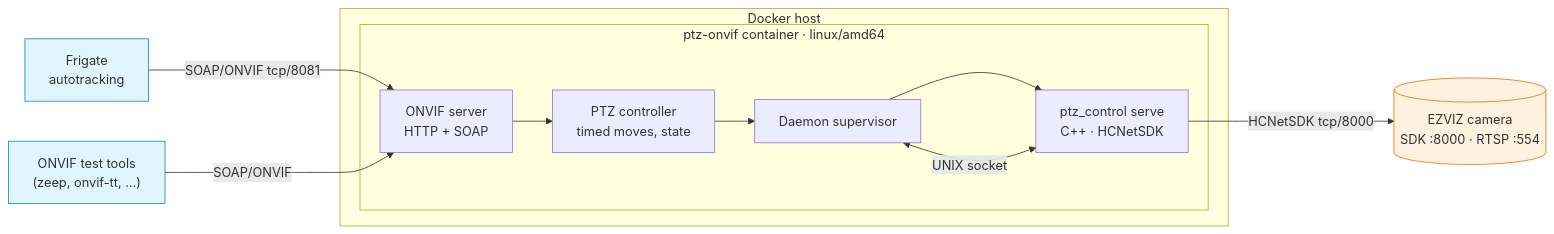
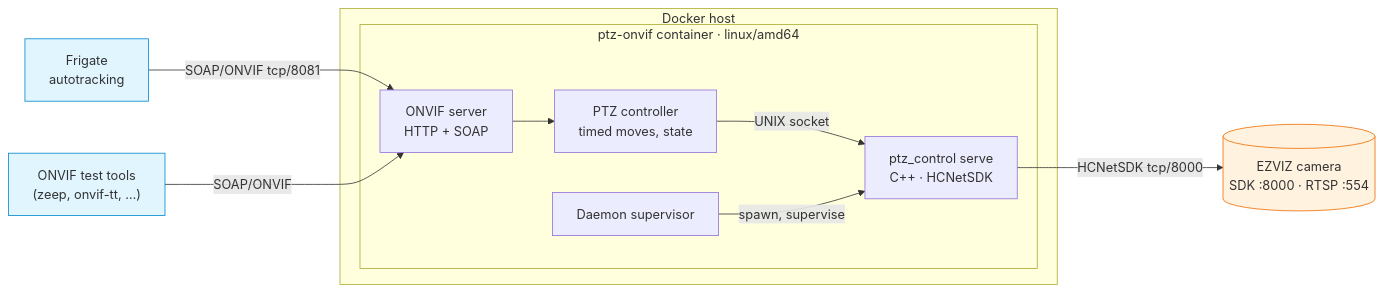
One commit to mabbas007/ezviz-ptz changed the first of 11 diagrams in ARCHITECTURE.md. Above: the diagram before and after it, drawn with Mermaid. The commit also changed other lines of this file and 40 other files, not shown here.

````diff
--- a/ARCHITECTURE.md
+++ b/ARCHITECTURE.md
@@ -35,25 +35,26 @@
 ```mermaid
 flowchart LR
     FR["Frigate<br/>autotracking"]:::client
     T["ONVIF test tools<br/>(zeep, onvif-tt, …)"]:::client
 
     subgraph HOST["Docker host"]
         subgraph CTR["ptz-onvif container · linux/amd64"]
             OV["ONVIF server<br/>HTTP + SOAP"]
             CT["PTZ controller<br/>timed moves, state"]
             SUP["Daemon supervisor"]
             DMN["ptz_control serve<br/>C++ · HCNetSDK"]
-            OV --> CT --> SUP --> DMN
-            SUP <-->|"UNIX socket"| DMN
+            OV --> CT
+            CT -->|"UNIX socket"| DMN
+            SUP -->|"spawn, supervise"| DMN
         end
     end
 
     CAM[("EZVIZ camera<br/>SDK :8000 · RTSP :554")]:::device
 
     FR -->|"SOAP/ONVIF tcp/8081"| OV
     T -->|"SOAP/ONVIF"| OV
     DMN -->|"HCNetSDK tcp/8000"| CAM
 
     classDef client fill:#e1f5fe,stroke:#0288d1
     classDef device fill:#fff3e0,stroke:#ef6c00
 ```
````
